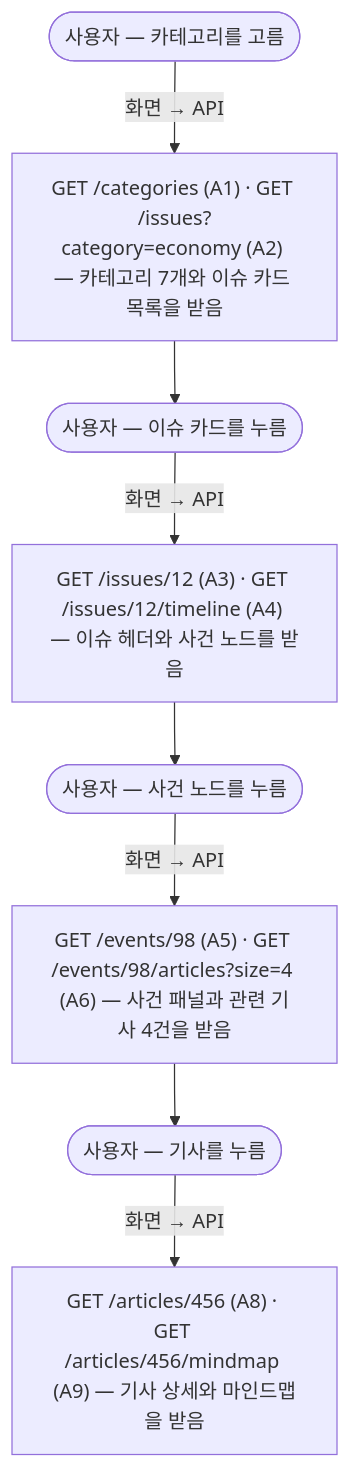
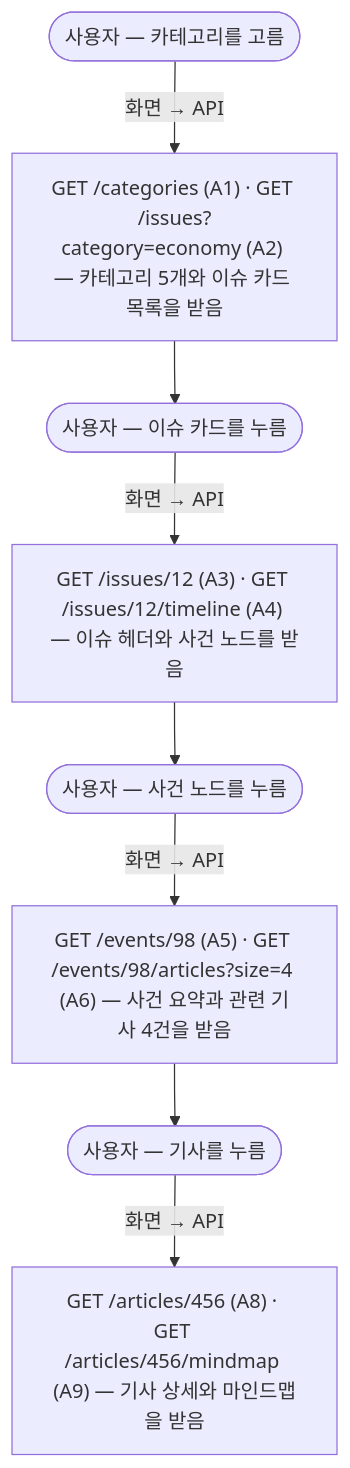
The fourth of 5 diagrams in docs/api.md (a102-NEWLEARN/NEW-LEARN), drawn with Mermaid before and after one commit. The commit also changed other lines of this file and 2 other files, not shown here.

First line of the commit message:
docs(common): API 명세 v1 — URL 분석 삭제, 회원 · 용어사전 · ISSUE 단계 · 가지 4개

````diff
--- a/docs/api.md
+++ b/docs/api.md
@@ -174,10 +185,10 @@
 ```mermaid
 flowchart TD
-  U1(["사용자 — 카테고리를 고름"]) -->|"화면 → API"| C1["GET /categories (A1) · GET /issues?category=economy (A2) — 카테고리 7개와 이슈 카드 목록을 받음"]
+  U1(["사용자 — 카테고리를 고름"]) -->|"화면 → API"| C1["GET /categories (A1) · GET /issues?category=economy (A2) — 카테고리 5개와 이슈 카드 목록을 받음"]
   C1 --> U2(["사용자 — 이슈 카드를 누름"])
   U2 -->|"화면 → API"| C2["GET /issues/12 (A3) · GET /issues/12/timeline (A4) — 이슈 헤더와 사건 노드를 받음"]
   C2 --> U3(["사용자 — 사건 노드를 누름"])
-  U3 -->|"화면 → API"| C3["GET /events/98 (A5) · GET /events/98/articles?size=4 (A6) — 사건 패널과 관련 기사 4건을 받음"]
+  U3 -->|"화면 → API"| C3["GET /events/98 (A5) · GET /events/98/articles?size=4 (A6) — 사건 요약과 관련 기사 4건을 받음"]
   C3 --> U4(["사용자 — 기사를 누름"])
   U4 -->|"화면 → API"| C4["GET /articles/456 (A8) · GET /articles/456/mindmap (A9) — 기사 상세와 마인드맵을 받음"]
 ```
````
